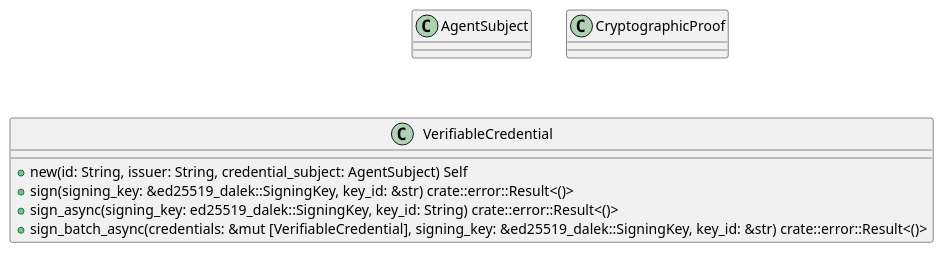
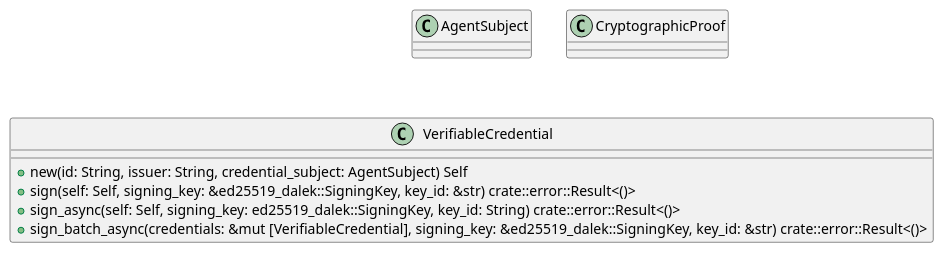
Before and after one commit to lgcorzo/rust_CACD_autonomous_factory: the first of 6 diagrams in openwiki/crates_factory_core_src_security_nhi.md, drawn with PlantUML. The commit also changed other lines of this file and 95 other files, not shown here.

````diff
--- a/openwiki/crates_factory_core_src_security_nhi.md
+++ b/openwiki/crates_factory_core_src_security_nhi.md
@@ -222,15 +224,15 @@
 ```plantuml
 @startuml
 class AgentSubject {
 }
 class CryptographicProof {
 }
 class VerifiableCredential {
     +new(id: String, issuer: String, credential_subject: AgentSubject) Self
-    +sign(signing_key: &ed25519_dalek::SigningKey, key_id: &str) crate::error::Result<()>
-    +sign_async(signing_key: ed25519_dalek::SigningKey, key_id: String) crate::error::Result<()>
+    +sign(self: Self, signing_key: &ed25519_dalek::SigningKey, key_id: &str) crate::error::Result<()>
+    +sign_async(self: Self, signing_key: ed25519_dalek::SigningKey, key_id: String) crate::error::Result<()>
     +sign_batch_async(credentials: &mut [VerifiableCredential], signing_key: &ed25519_dalek::SigningKey, key_id: &str) crate::error::Result<()>
 }
 @enduml
 
 ```
````
